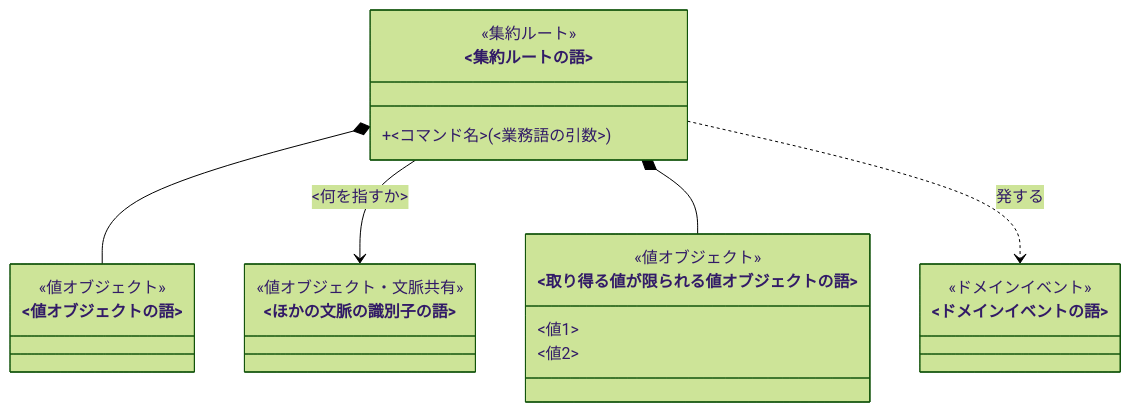
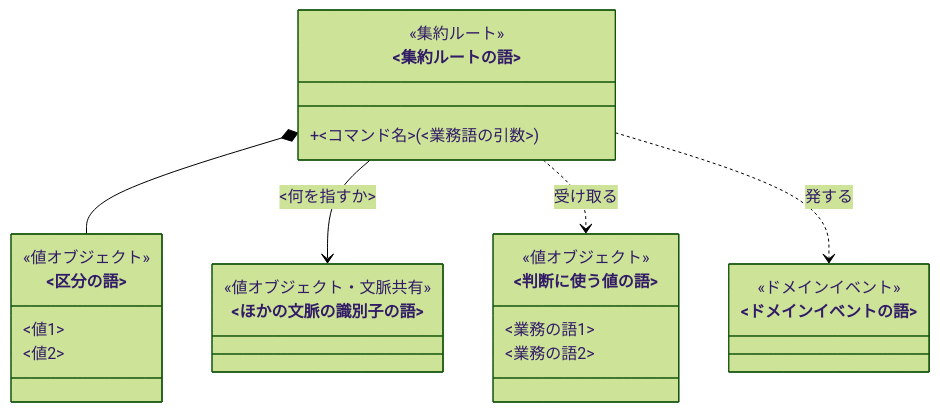
One commit to nakamori-naoya/write-doc-plugins changed the first of 2 diagrams in plugins/write-doc/skills/write-doc/assets/templates/domain-model.md. Above: the diagram before and after it, drawn with Mermaid (forest theme). The commit also changed other lines of this file and 1 other file, not shown here.

First line of the commit message:
fix(domain-model): 論点の置き場を一つにし、記法を図の中のコメントで示す（R2-01, 02, 05, 06, 07, 09）

````diff
--- a/plugins/write-doc/skills/write-doc/assets/templates/domain-model.md
+++ b/plugins/write-doc/skills/write-doc/assets/templates/domain-model.md
@@ -31,25 +20,34 @@
 ```mermaid
 classDiagram
+    %% 種別は <<集約ルート>> <<エンティティ>> <<値オブジェクト>> <<ドメインイベント>> のどれか一つ
+    %% コマンドは集約ルートとエンティティにだけ +コマンド名(業務語の引数) で書く。判定だけの操作とフィールドは書かない
     class Root["<集約ルートの語>"] {
         <<集約ルート>>
         +<コマンド名>(<業務語の引数>)
     }
-    class Value["<値オブジェクトの語>"] {
-        <<値オブジェクト>>
-    }
+    %% 複数の文脈で使う値は、種別に「・文脈共有」を添える
     class Shared["<ほかの文脈の識別子の語>"] {
         <<値オブジェクト・文脈共有>>
     }
-    class Limited["<取り得る値が限られる値オブジェクトの語>"] {
+    %% コマンドの成否を決める値は、それを成り立たせる業務の語を1行に1つ書く
+    class Snapshot["<判断に使う値の語>"] {
+        <<値オブジェクト>>
+        <業務の語1>
+        <業務の語2>
+    }
+    %% 取り得る値が限られる値は、その値を1行に1つ書く
+    class Limited["<区分の語>"] {
         <<値オブジェクト>>
         <値1>
         <値2>
     }
+    %% ドメインイベントは何も書かない
     class Happened["<ドメインイベントの語>"] {
         <<ドメインイベント>>
     }
-    Root *-- Value
+    %% *-- は内側に持つ、--> は識別子で指す、..> はコマンドで受け取るか発する
+    Root *-- Limited
     Root --> Shared : <何を指すか>
-    Root *-- Limited
+    Root ..> Snapshot : 受け取る
     Root ..> Happened : 発する
 ```
````
